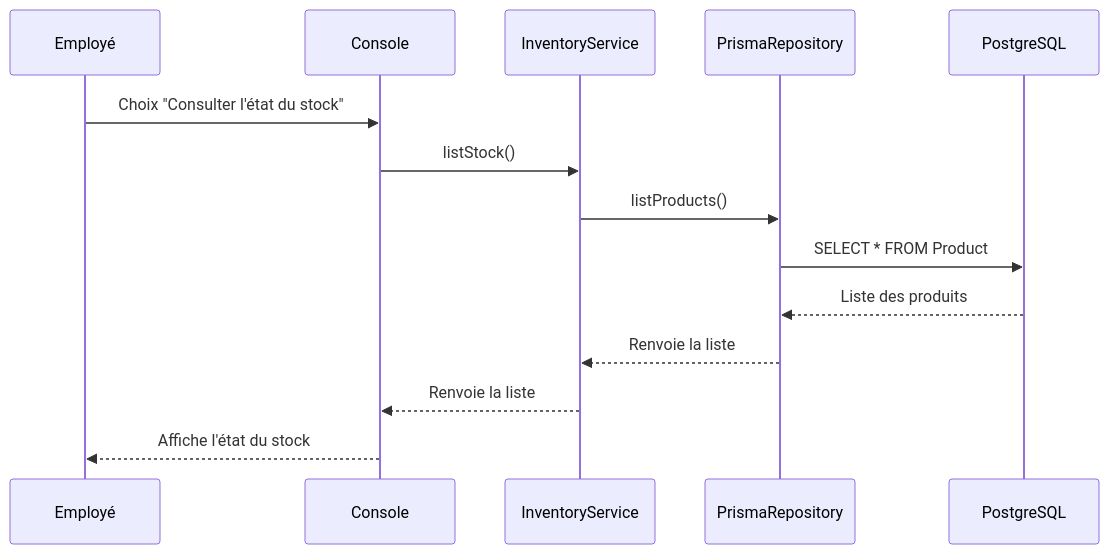
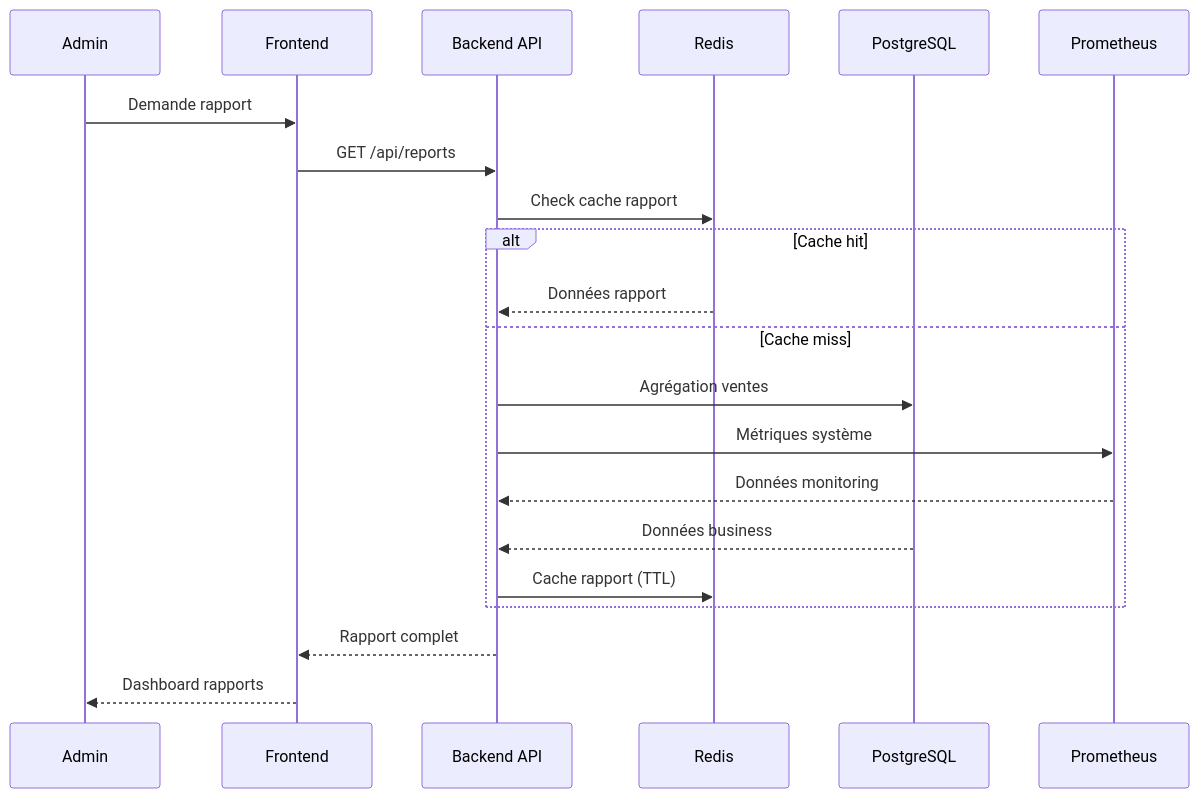
The sixth of 6 diagrams in docs/UML/sequence-diagram.md (MarcoBisson/LOG430-Lab0), drawn with Mermaid before and after one commit. The commit also changed other lines of this file and 6 other files, not shown here.

Commit message:
Config Grafana + Diagrammes étape 2

````diff
--- a/docs/UML/sequence-diagram.md
+++ b/docs/UML/sequence-diagram.md
@@ -109,17 +121,24 @@
 ```mermaid
 sequenceDiagram
-    participant U as Employé
-    participant C as Console
-    participant IS as InventoryService
-    participant R as PrismaRepository
+    participant A as Admin
+    participant F as Frontend
+    participant API as Backend API
+    participant R as Redis
     participant DB as PostgreSQL
+    participant P as Prometheus
 
-    U->>C: Choix "Consulter l'état du stock"
-    C->>IS: listStock()
-    IS->>R: listProducts()
-    R->>DB: SELECT * FROM Product
-    DB-->>R: Liste des produits
-    R-->>IS: Renvoie la liste
-    IS-->>C: Renvoie la liste
-    C-->>U: Affiche l'état du stock
+    A->>F: Demande rapport
+    F->>API: GET /api/reports
+    API->>R: Check cache rapport
+    alt Cache hit
+        R-->>API: Données rapport
+    else Cache miss
+        API->>DB: Agrégation ventes
+        API->>P: Métriques système
+        P-->>API: Données monitoring
+        DB-->>API: Données business
+        API->>R: Cache rapport (TTL)
+    end
+    API-->>F: Rapport complet
+    F-->>A: Dashboard rapports
 ```
````
